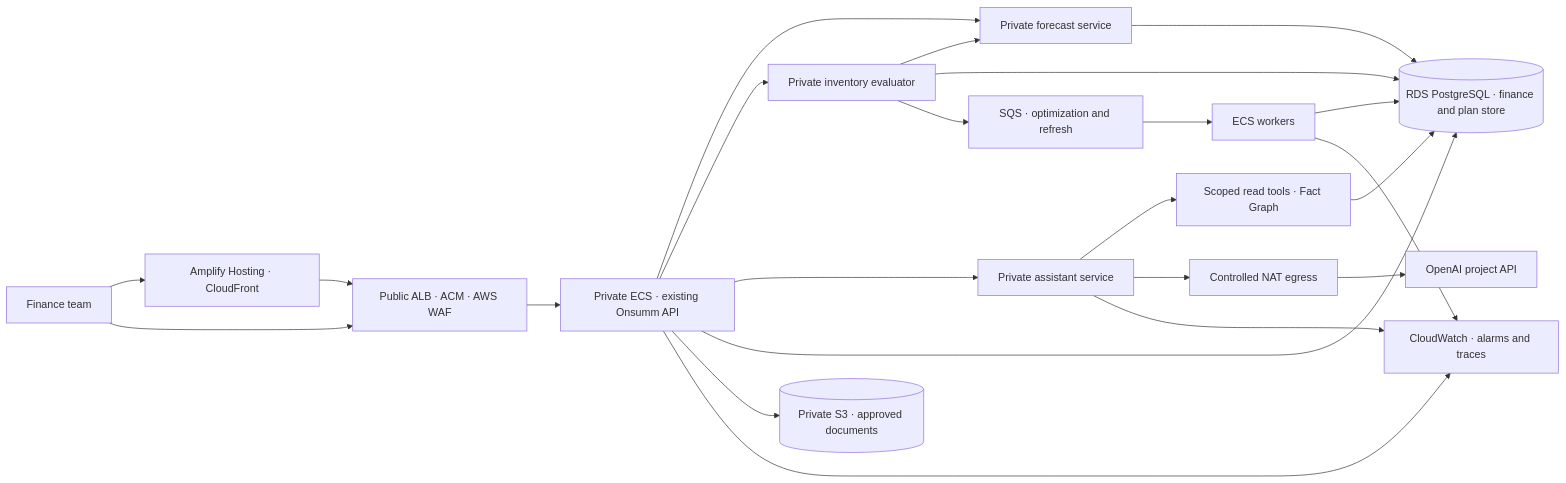
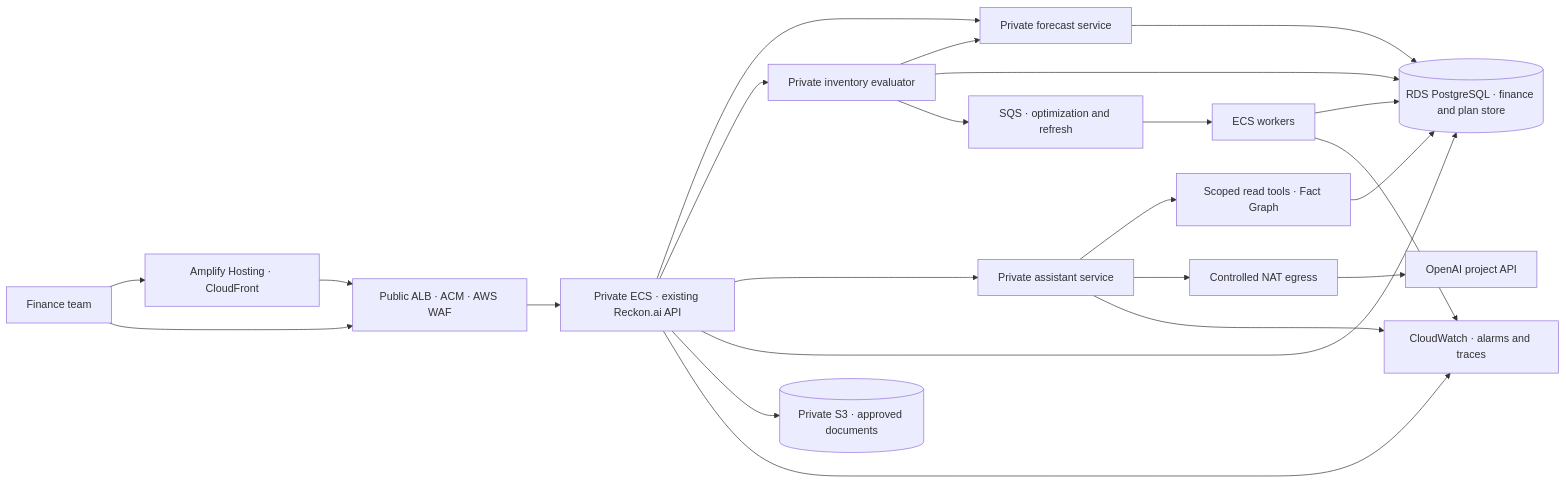
One commit to r-rishit27/equal_hackathon changed the diagram in docs/finance-desk/AWS_DEPLOYMENT.md. Above: the diagram before and after it, drawn with Mermaid. The commit also changed 107 other files, not shown here.

````diff
--- a/docs/finance-desk/AWS_DEPLOYMENT.md
+++ b/docs/finance-desk/AWS_DEPLOYMENT.md
@@ -13,25 +13,25 @@
 ```mermaid
 flowchart LR
     Users["Finance team"] --> Web["Amplify Hosting · CloudFront"]
     Users --> Edge["Public ALB · ACM · AWS WAF"]
     Web --> Edge
-    Edge --> Core["Private ECS · existing Onsumm API"]
+    Edge --> Core["Private ECS · existing Reckon.ai API"]
     Core --> Forecast["Private forecast service"]
     Core --> Inventory["Private inventory evaluator"]
     Core --> Assistant["Private assistant service"]
     Forecast --> DB[("RDS PostgreSQL · finance and plan store")]
     Inventory --> Forecast
     Inventory --> DB
     Assistant --> Graph["Scoped read tools · Fact Graph"]
     Graph --> DB
     Core --> DB
     Core --> Assets[("Private S3 · approved documents")]
     Inventory --> Jobs["SQS · optimization and refresh"]
     Jobs --> Workers["ECS workers"]
     Workers --> DB
     Assistant --> Egress["Controlled NAT egress"]
     Egress --> OpenAI["OpenAI project API"]
     Core --> Logs["CloudWatch · alarms and traces"]
     Assistant --> Logs
     Workers --> Logs
 ```
````
